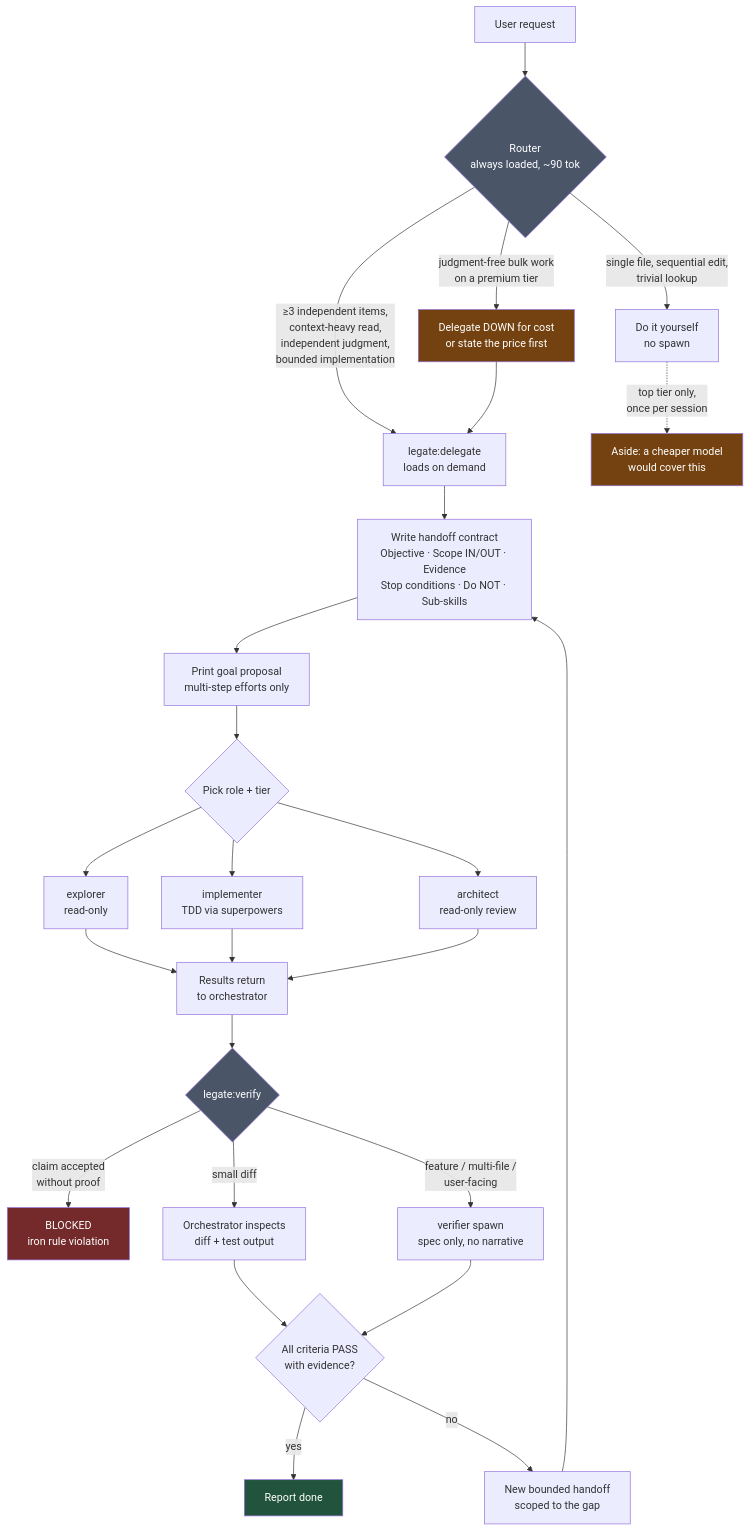
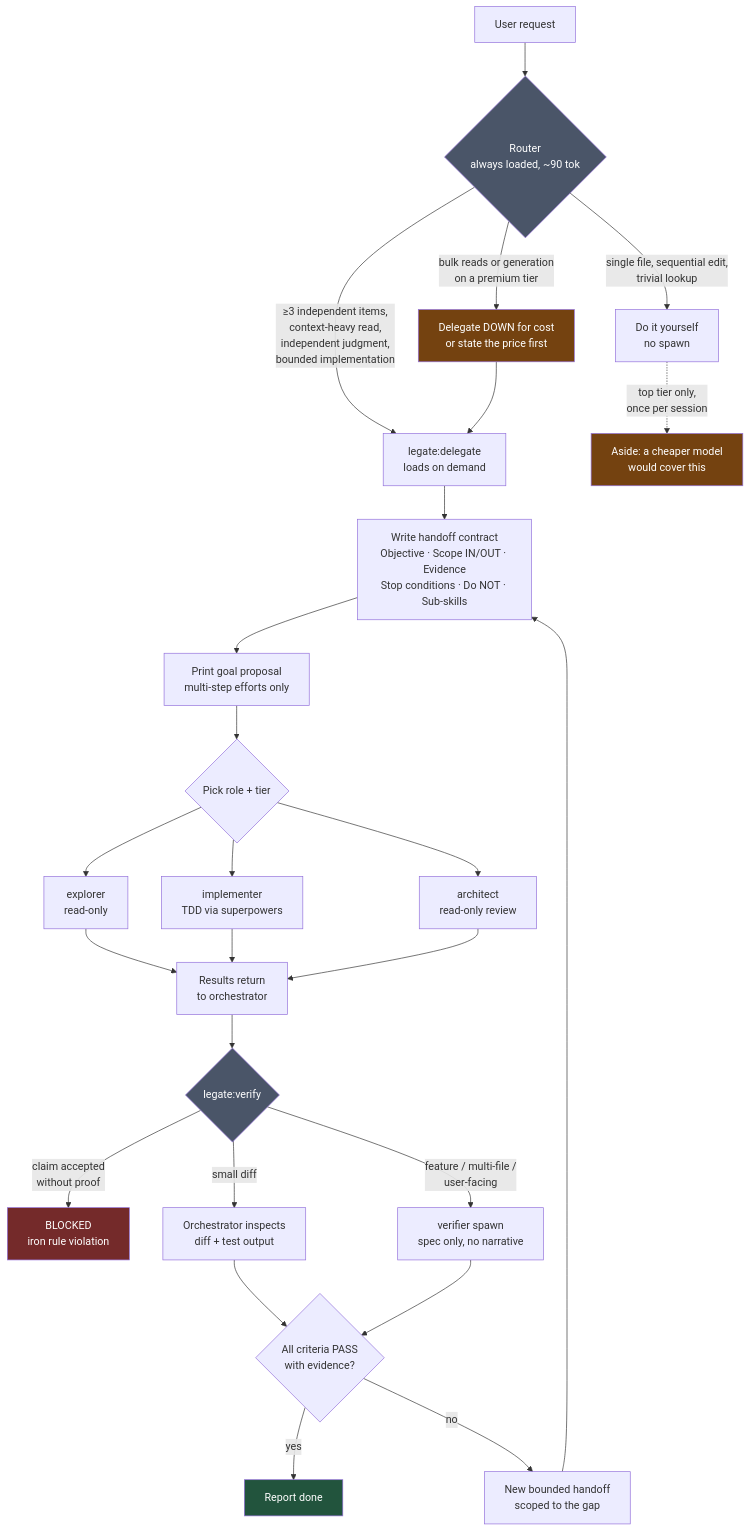
Before and after one commit to wojciech-arch/legate: the first of 3 diagrams in README.md, drawn with Mermaid. The commit also changed other lines of this file and 3 other files, not shown here.

First line of the commit message:
fix(cost-gate): key on premium-token volume, not file count

````diff
--- a/README.md
+++ b/README.md
@@ -30,40 +32,40 @@
 ```mermaid
 flowchart TD
     A[User request] --> R{Router<br/>always loaded, ~90 tok}
 
     R -->|"single file, sequential edit,<br/>trivial lookup"| SELF[Do it yourself<br/>no spawn]
     R -->|"≥3 independent items,<br/>context-heavy read,<br/>independent judgment,<br/>bounded implementation"| D[legate:delegate<br/>loads on demand]
-    R -->|"judgment-free bulk work<br/>on a premium tier"| COST[Delegate DOWN for cost<br/>or state the price first]
+    R -->|"bulk reads or generation<br/>on a premium tier"| COST[Delegate DOWN for cost<br/>or state the price first]
     SELF -.->|"top tier only,<br/>once per session"| TIP["Aside: a cheaper model<br/>would cover this"]
     COST --> D
 
     D --> C[Write handoff contract<br/>Objective · Scope IN/OUT · Evidence<br/>Stop conditions · Do NOT · Sub-skills]
     C --> G["Print goal proposal<br/>multi-step efforts only"]
     G --> ROLE{Pick role + tier}
 
     ROLE --> EX[explorer<br/>read-only]
     ROLE --> IM[implementer<br/>TDD via superpowers]
     ROLE --> AR[architect<br/>read-only review]
 
     EX --> RES[Results return<br/>to orchestrator]
     IM --> RES
     AR --> RES
 
     RES --> V{legate:verify}
     V -->|"claim accepted<br/>without proof"| STOP[BLOCKED<br/>iron rule violation]
     V -->|"small diff"| INSP[Orchestrator inspects<br/>diff + test output]
     V -->|"feature / multi-file /<br/>user-facing"| VER[verifier spawn<br/>spec only, no narrative]
 
     INSP --> OUT{All criteria PASS<br/>with evidence?}
     VER --> OUT
     OUT -->|yes| DONE[Report done]
     OUT -->|no| NEW[New bounded handoff<br/>scoped to the gap]
     NEW --> C
 
     style R fill:#4a5568,color:#fff
     style V fill:#4a5568,color:#fff
     style COST fill:#744210,color:#fff
     style TIP fill:#744210,color:#fff
     style STOP fill:#742a2a,color:#fff
     style DONE fill:#22543d,color:#fff
 ```
````
